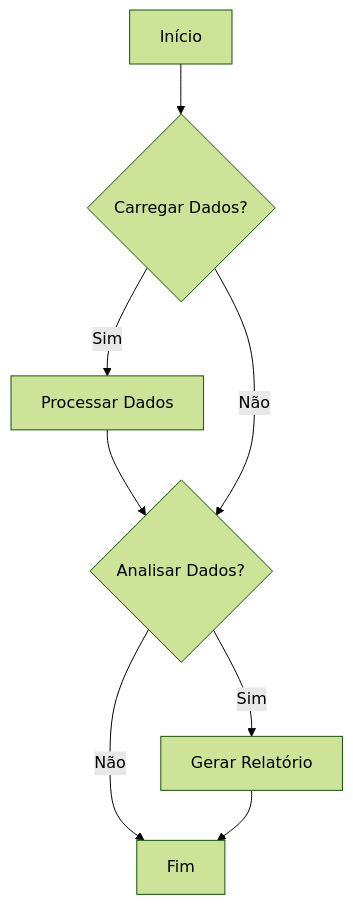
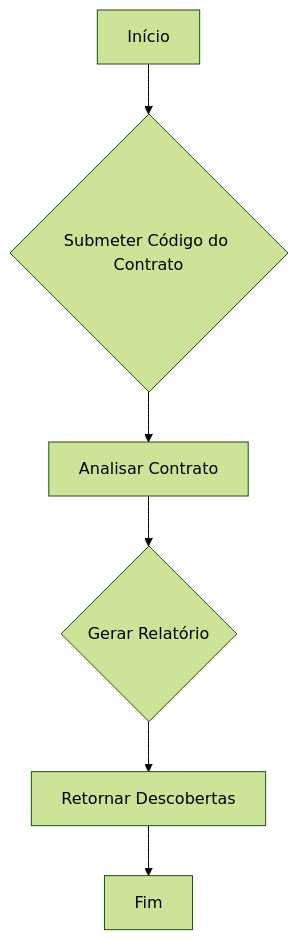
One commit to galafis/Blockchain-Security-Analyzer changed the second of 2 diagrams in README.md. Above: the diagram before and after it, drawn with Mermaid (forest theme). The commit also changed other lines of this file and 16 other files, not shown here.

````diff
--- a/README.md
+++ b/README.md
@@ -221,10 +230,8 @@
 ```mermaid
 graph TD
-    A[Início] --> B{Carregar Dados?}
-    B -- Sim --> C[Processar Dados]
-    C --> D{Analisar Dados?}
-    B -- Não --> D
-    D -- Sim --> E[Gerar Relatório]
-    D -- Não --> F[Fim]
-    E --> F
+    A[Início] --> B{Submeter Código do Contrato}
+    B --> C[Analisar Contrato]
+    C --> D{Gerar Relatório}
+    D --> E[Retornar Descobertas]
+    E --> F[Fim]
 ```
````
